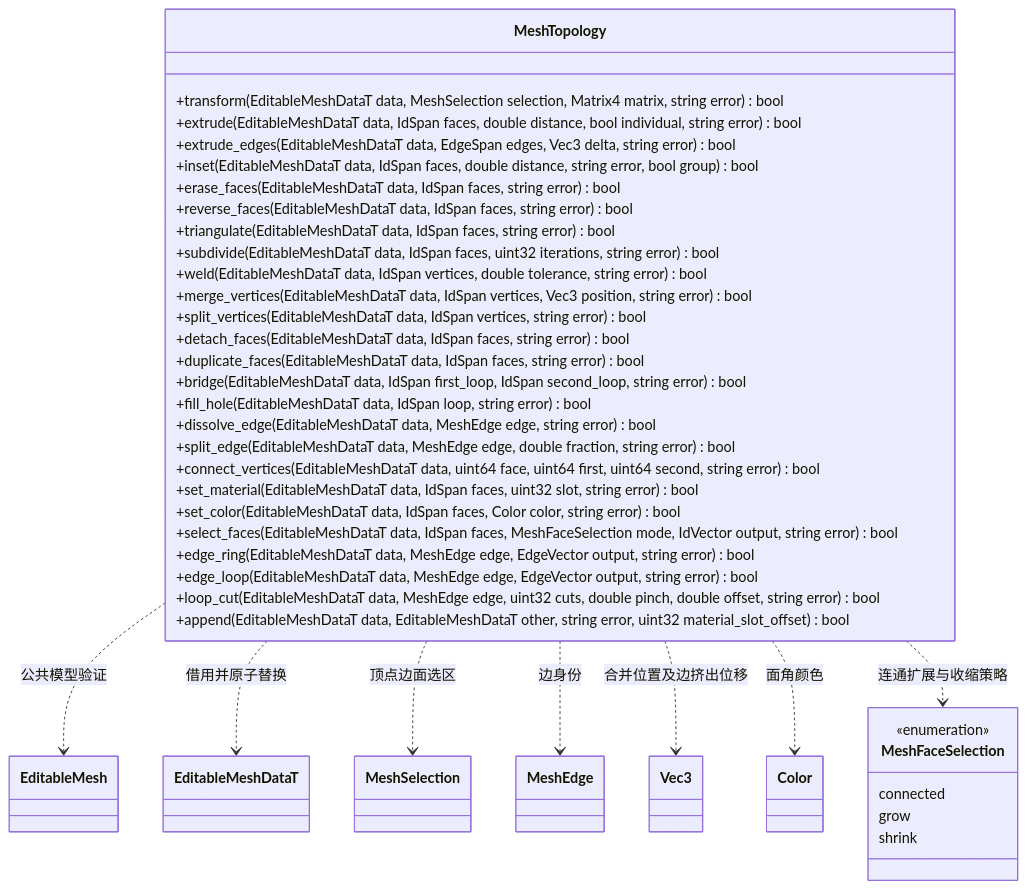
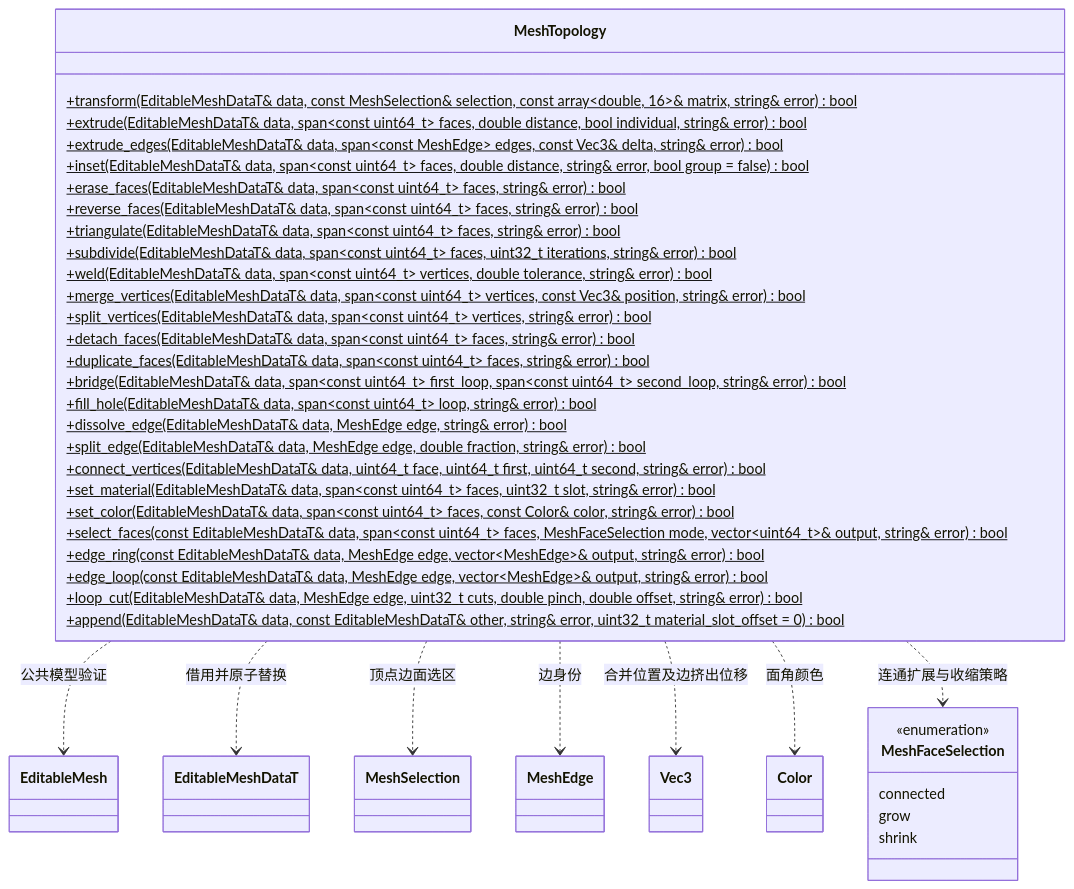
The diagram in docs/plugins/editor/class-diagrams/mesh-topology.md (lcals/Engine), drawn with Mermaid before and after one commit. The commit also changed 222 other files, not shown here.

Commit message:
Consolidate editor asset imports and align architecture documentation

````diff
--- a/docs/plugins/editor/class-diagrams/mesh-topology.md
+++ b/docs/plugins/editor/class-diagrams/mesh-topology.md
@@ -5,49 +5,49 @@
 ```mermaid
 classDiagram
     class MeshTopology {
-        +transform(EditableMeshDataT data, MeshSelection selection, Matrix4 matrix, string error) bool
-        +extrude(EditableMeshDataT data, IdSpan faces, double distance, bool individual, string error) bool
-        +extrude_edges(EditableMeshDataT data, EdgeSpan edges, Vec3 delta, string error) bool
-        +inset(EditableMeshDataT data, IdSpan faces, double distance, string error, bool group) bool
-        +erase_faces(EditableMeshDataT data, IdSpan faces, string error) bool
-        +reverse_faces(EditableMeshDataT data, IdSpan faces, string error) bool
-        +triangulate(EditableMeshDataT data, IdSpan faces, string error) bool
-        +subdivide(EditableMeshDataT data, IdSpan faces, uint32 iterations, string error) bool
-        +weld(EditableMeshDataT data, IdSpan vertices, double tolerance, string error) bool
-        +merge_vertices(EditableMeshDataT data, IdSpan vertices, Vec3 position, string error) bool
-        +split_vertices(EditableMeshDataT data, IdSpan vertices, string error) bool
-        +detach_faces(EditableMeshDataT data, IdSpan faces, string error) bool
-        +duplicate_faces(EditableMeshDataT data, IdSpan faces, string error) bool
-        +bridge(EditableMeshDataT data, IdSpan first_loop, IdSpan second_loop, string error) bool
-        +fill_hole(EditableMeshDataT data, IdSpan loop, string error) bool
-        +dissolve_edge(EditableMeshDataT data, MeshEdge edge, string error) bool
-        +split_edge(EditableMeshDataT data, MeshEdge edge, double fraction, string error) bool
-        +connect_vertices(EditableMeshDataT data, uint64 face, uint64 first, uint64 second, string error) bool
-        +set_material(EditableMeshDataT data, IdSpan faces, uint32 slot, string error) bool
-        +set_color(EditableMeshDataT data, IdSpan faces, Color color, string error) bool
-        +select_faces(EditableMeshDataT data, IdSpan faces, MeshFaceSelection mode, IdVector output, string error) bool
-        +edge_ring(EditableMeshDataT data, MeshEdge edge, EdgeVector output, string error) bool
-        +edge_loop(EditableMeshDataT data, MeshEdge edge, EdgeVector output, string error) bool
-        +loop_cut(EditableMeshDataT data, MeshEdge edge, uint32 cuts, double pinch, double offset, string error) bool
-        +append(EditableMeshDataT data, EditableMeshDataT other, string error, uint32 material_slot_offset) bool
+        +transform(EditableMeshDataT& data, const MeshSelection& selection, const array~double, 16~& matrix, string& error) bool$
+        +extrude(EditableMeshDataT& data, span~const uint64_t~ faces, double distance, bool individual, string& error) bool$
+        +extrude_edges(EditableMeshDataT& data, span~const MeshEdge~ edges, const Vec3& delta, string& error) bool$
+        +inset(EditableMeshDataT& data, span~const uint64_t~ faces, double distance, string& error, bool group = false) bool$
+        +erase_faces(EditableMeshDataT& data, span~const uint64_t~ faces, string& error) bool$
+        +reverse_faces(EditableMeshDataT& data, span~const uint64_t~ faces, string& error) bool$
+        +triangulate(EditableMeshDataT& data, span~const uint64_t~ faces, string& error) bool$
+        +subdivide(EditableMeshDataT& data, span~const uint64_t~ faces, uint32_t iterations, string& error) bool$
+        +weld(EditableMeshDataT& data, span~const uint64_t~ vertices, double tolerance, string& error) bool$
+        +merge_vertices(EditableMeshDataT& data, span~const uint64_t~ vertices, const Vec3& position, string& error) bool$
+        +split_vertices(EditableMeshDataT& data, span~const uint64_t~ vertices, string& error) bool$
+        +detach_faces(EditableMeshDataT& data, span~const uint64_t~ faces, string& error) bool$
+        +duplicate_faces(EditableMeshDataT& data, span~const uint64_t~ faces, string& error) bool$
+        +bridge(EditableMeshDataT& data, span~const uint64_t~ first_loop, span~const uint64_t~ second_loop, string& error) bool$
+        +fill_hole(EditableMeshDataT& data, span~const uint64_t~ loop, string& error) bool$
+        +dissolve_edge(EditableMeshDataT& data, MeshEdge edge, string& error) bool$
+        +split_edge(EditableMeshDataT& data, MeshEdge edge, double fraction, string& error) bool$
+        +connect_vertices(EditableMeshDataT& data, uint64_t face, uint64_t first, uint64_t second, string& error) bool$
+        +set_material(EditableMeshDataT& data, span~const uint64_t~ faces, uint32_t slot, string& error) bool$
+        +set_color(EditableMeshDataT& data, span~const uint64_t~ faces, const Color& color, string& error) bool$
+        +select_faces(const EditableMeshDataT& data, span~const uint64_t~ faces, MeshFaceSelection mode, vector~uint64_t~& output, string& error) bool$
+        +edge_ring(const EditableMeshDataT& data, MeshEdge edge, vector~MeshEdge~& output, string& error) bool$
+        +edge_loop(const EditableMeshDataT& data, MeshEdge edge, vector~MeshEdge~& output, string& error) bool$
+        +loop_cut(EditableMeshDataT& data, MeshEdge edge, uint32_t cuts, double pinch, double offset, string& error) bool$
+        +append(EditableMeshDataT& data, const EditableMeshDataT& other, string& error, uint32_t material_slot_offset = 0) bool$
     }
     class EditableMesh
     class EditableMeshDataT
     class MeshSelection
     class MeshEdge
     class Vec3
     class Color
     class MeshFaceSelection {
         <<enumeration>>
         connected
         grow
         shrink
     }
     MeshTopology ..> EditableMesh : 公共模型验证
     MeshTopology ..> EditableMeshDataT : 借用并原子替换
     MeshTopology ..> MeshSelection : 顶点边面选区
     MeshTopology ..> MeshEdge : 边身份
     MeshTopology ..> Vec3 : 合并位置及边挤出位移
     MeshTopology ..> Color : 面角颜色
     MeshTopology ..> MeshFaceSelection : 连通扩展与收缩策略
 ```
````
